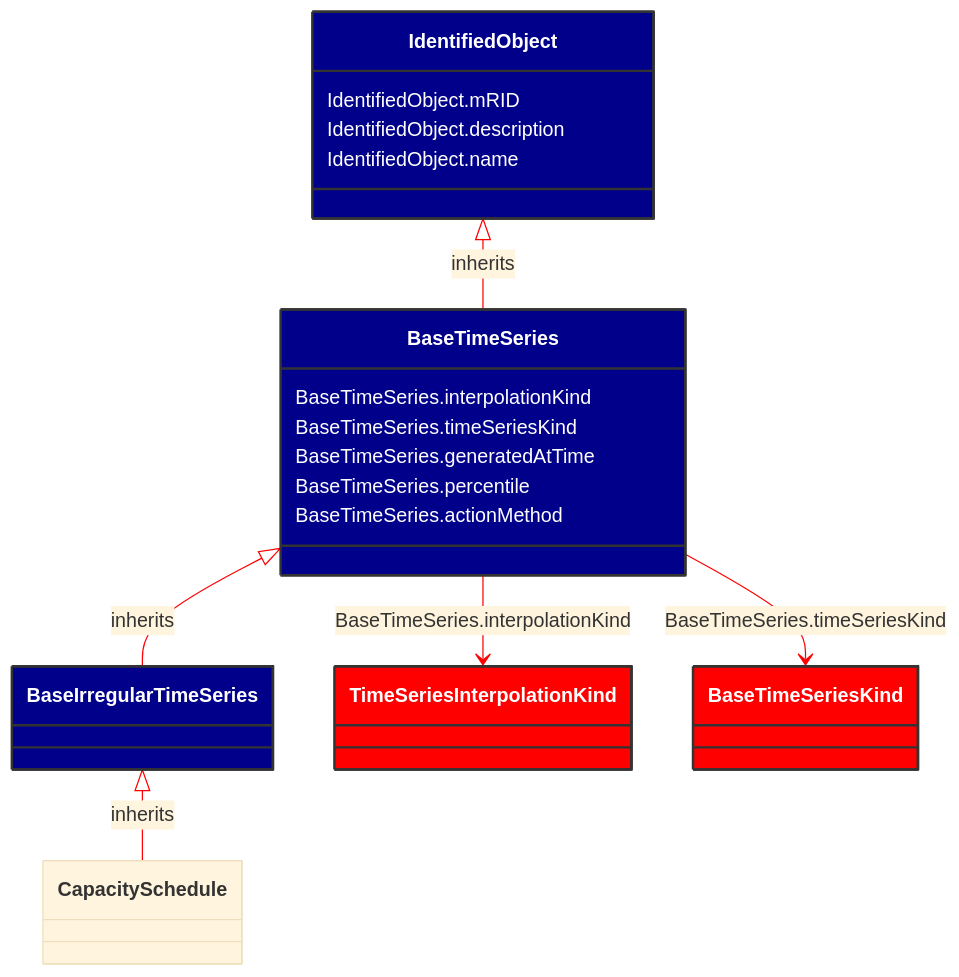
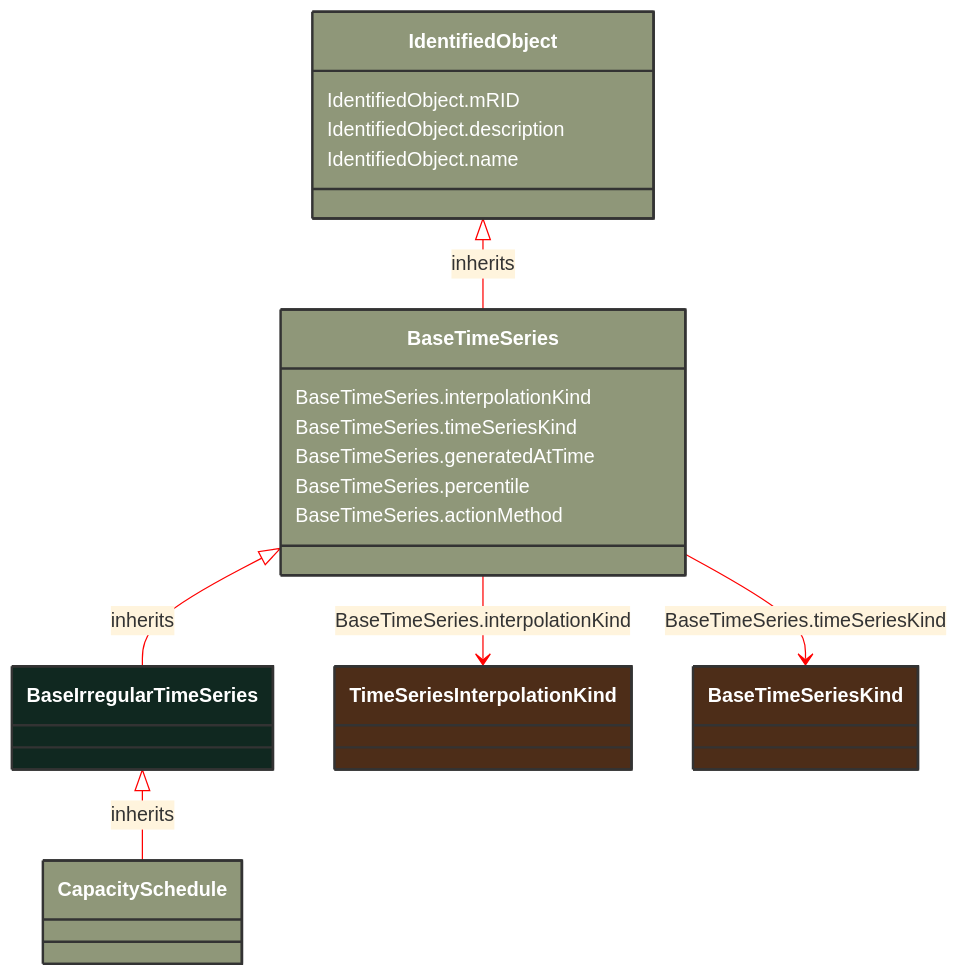
The diagram in docs/Models/Profiles/WattApp/AbstractClasses/BaseIrregularTimeSeries.md (3lbits/NoCIMExtensions), drawn with Mermaid before and after one commit. The commit also changed 190 other files, not shown here.

````diff
--- a/docs/Models/Profiles/WattApp/AbstractClasses/BaseIrregularTimeSeries.md
+++ b/docs/Models/Profiles/WattApp/AbstractClasses/BaseIrregularTimeSeries.md
@@ -10,44 +10,42 @@
 ```mermaid
 %%{init: {'theme':'base','themeVariables': {'lineColor': '#FF0000'}}}%%
 classDiagram
     class BaseIrregularTimeSeries
     click BaseIrregularTimeSeries href "/Models/Profiles/WattApp/AbstractClasses/BaseIrregularTimeSeries/"
-    style BaseIrregularTimeSeries fill:#006400,stroke:#333,stroke-width:2px,rx:10,ry:10,color:white
+    style BaseIrregularTimeSeries fill:#102820,stroke:#333,stroke-width:2px,rx:10,ry:10,color:white
 
         BaseIrregularTimeSeries <|-- CapacitySchedule : inherits
-            click BaseIrregularTimeSeries href "/Models/Profiles/WattApp/AbstractClasses/BaseIrregularTimeSeries/"
-            style BaseIrregularTimeSeries fill:#00008B,stroke:#333,stroke-width:2px,rx:10,ry:10,color:white
 
         CapacitySchedule
             click CapacitySchedule href "/Models/Profiles/WattApp/ConcreteClasses/CapacitySchedule/"
-            style BaseIrregularTimeSeries fill:#00008B,stroke:#333,stroke-width:2px,rx:10,ry:10,color:white
-
+            style CapacitySchedule fill:#8F9779,stroke:#333,stroke-width:2px,rx:10,ry:10,color:white
+     
         BaseTimeSeries <|-- BaseIrregularTimeSeries : inherits
             click BaseTimeSeries href "/Models/Profiles/WattApp/AbstractClasses/BaseTimeSeries/"
-            style BaseTimeSeries fill:#00008B,stroke:#333,stroke-width:2px,rx:10,ry:10,color:white
-
+            style BaseTimeSeries fill:#8F9779,stroke:#333,stroke-width:2px,rx:10,ry:10,color:white
+     
         IdentifiedObject <|-- BaseTimeSeries : inherits
             click IdentifiedObject href "/Models/Profiles/WattApp/AbstractClasses/IdentifiedObject/"
-            style IdentifiedObject fill:#00008B,stroke:#333,stroke-width:2px,rx:10,ry:10,color:white
+            style IdentifiedObject fill:#8F9779,stroke:#333,stroke-width:2px,rx:10,ry:10,color:white
 
 
         BaseTimeSeries --> TimeSeriesInterpolationKind : BaseTimeSeries.interpolationKind
 
         TimeSeriesInterpolationKind
             click TimeSeriesInterpolationKind href "/Models/Profiles/WattApp/Enumerations/TimeSeriesInterpolationKind/"
-            style TimeSeriesInterpolationKind fill:#FF0000,stroke:#333,stroke-width:2px,rx:10,ry:10,color:white
+            style TimeSeriesInterpolationKind fill:#4D2D18,stroke:#333,stroke-width:2px,rx:10,ry:10,color:white
         BaseTimeSeries --> BaseTimeSeriesKind : BaseTimeSeries.timeSeriesKind
 
         BaseTimeSeriesKind
             click BaseTimeSeriesKind href "/Models/Profiles/WattApp/Enumerations/BaseTimeSeriesKind/"
-            style BaseTimeSeriesKind fill:#FF0000,stroke:#333,stroke-width:2px,rx:10,ry:10,color:white
+            style BaseTimeSeriesKind fill:#4D2D18,stroke:#333,stroke-width:2px,rx:10,ry:10,color:white
 
         BaseTimeSeries : BaseTimeSeries.interpolationKind
         BaseTimeSeries : BaseTimeSeries.timeSeriesKind
         BaseTimeSeries : BaseTimeSeries.generatedAtTime
         BaseTimeSeries : BaseTimeSeries.percentile
         BaseTimeSeries : BaseTimeSeries.actionMethod
         IdentifiedObject : IdentifiedObject.mRID
         IdentifiedObject : IdentifiedObject.description
         IdentifiedObject : IdentifiedObject.name
 ```
````
